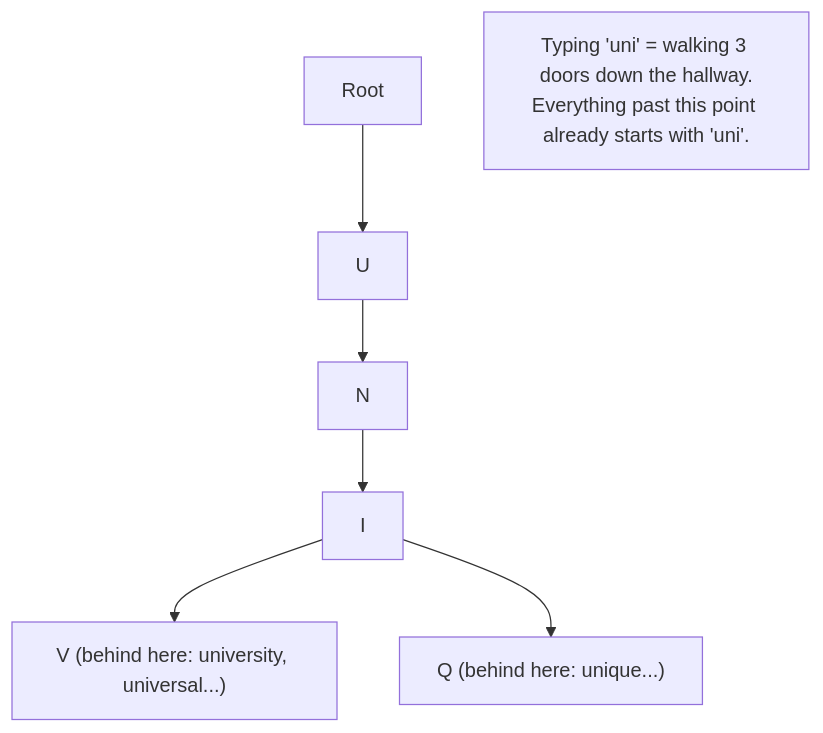
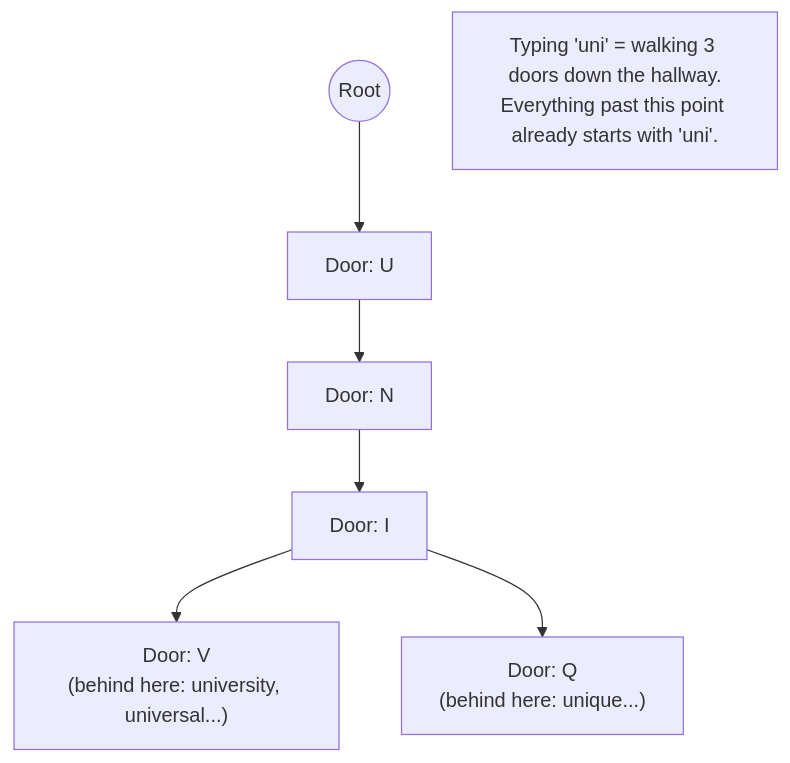
Before and after one commit to riyaz-pasha/Learnings: the first of 16 diagrams in system-design/HLD/0-course/37-Typeahead-Suggestion-FAANG-Guide-story.md, drawn with Mermaid. The commit also changed other lines of this file and 1 other file, not shown here.

Commit message:
[REWRITE] Typeahead Suggestion story guide: simplify prose, add structure, fix diagrams

````diff
--- a/system-design/HLD/0-course/37-Typeahead-Suggestion-FAANG-Guide-story.md
+++ b/system-design/HLD/0-course/37-Typeahead-Suggestion-FAANG-Guide-story.md
@@ -27,7 +90,9 @@
 ```mermaid
 flowchart TD
-    Root --> U --> N --> I["I"]
-    I --> V["V (behind here: university, universal...)"]
-    I --> Q["Q (behind here: unique...)"]
-    Note["Typing 'uni' = walking 3 doors down the hallway.\nEverything past this point already starts with 'uni'."]
+    Root(("Root")) --> U["Door: U"]
+    U --> N["Door: N"]
+    N --> I["Door: I"]
+    I --> V["Door: V<br/>(behind here: university, universal...)"]
+    I --> Q["Door: Q<br/>(behind here: unique...)"]
+    Note["Typing 'uni' = walking 3 doors down the hallway.<br/>Everything past this point already starts with 'uni'."]
 ```
````
